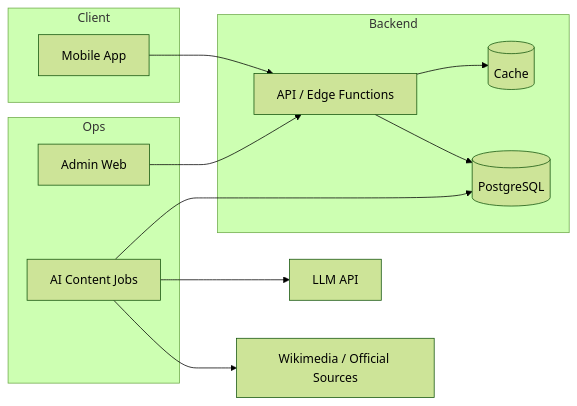
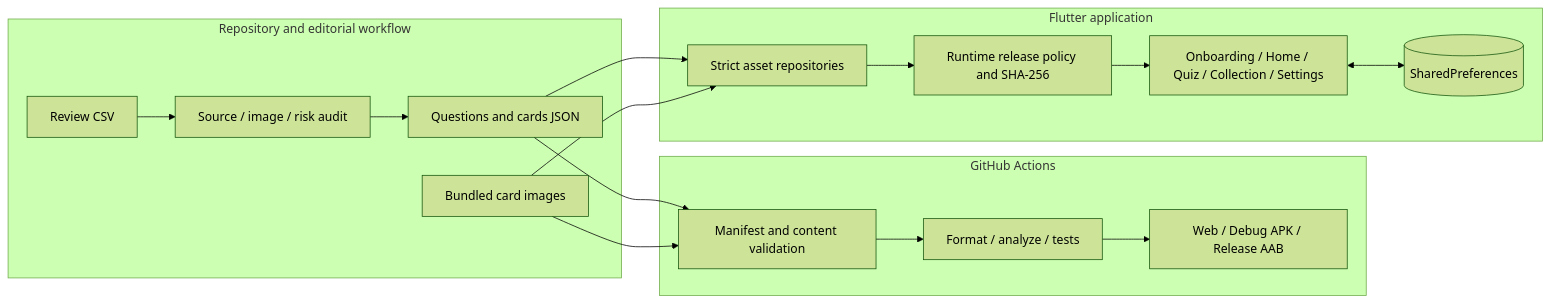
One commit to kaenozu/hee_no_tane changed the diagram in diagrams/architecture.mmd. Above: the diagram before and after it, drawn with Mermaid (forest theme). The commit also changed 65 other files, not shown here.

Commit message:
Fix repository-wide review findings

```diff
--- a/diagrams/architecture.mmd
+++ b/diagrams/architecture.mmd
@@ -1,23 +1,29 @@
 flowchart LR
-  subgraph Client
-    App[Mobile App]
+  subgraph Repository[Repository and editorial workflow]
+    Review[Review CSV]
+    Audit[Source / image / risk audit]
+    JSON[Questions and cards JSON]
+    Images[Bundled card images]
+    Review --> Audit --> JSON
   end
-  subgraph Backend
-    API[API / Edge Functions]
-    DB[(PostgreSQL)]
-    Cache[(Cache)]
+
+  subgraph CI[GitHub Actions]
+    Validate[Manifest and content validation]
+    Quality[Format / analyze / tests]
+    Build[Web / Debug APK / Release AAB]
   end
-  subgraph Ops
-    Admin[Admin Web]
-    Batch[AI Content Jobs]
+
+  subgraph App[Flutter application]
+    Repo[Strict asset repositories]
+    Policy[Runtime release policy and SHA-256]
+    UI[Onboarding / Home / Quiz / Collection / Settings]
+    Save[(SharedPreferences)]
+    Repo --> Policy --> UI
+    UI <--> Save
   end
-  Sources[Wikimedia / Official Sources]
-  LLM[LLM API]
 
-  App --> API
-  API --> DB
-  API --> Cache
-  Admin --> API
-  Batch --> Sources
-  Batch --> LLM
-  Batch --> DB
+  JSON --> Validate
+  Images --> Validate
+  Validate --> Quality --> Build
+  JSON --> Repo
+  Images --> Repo
```
